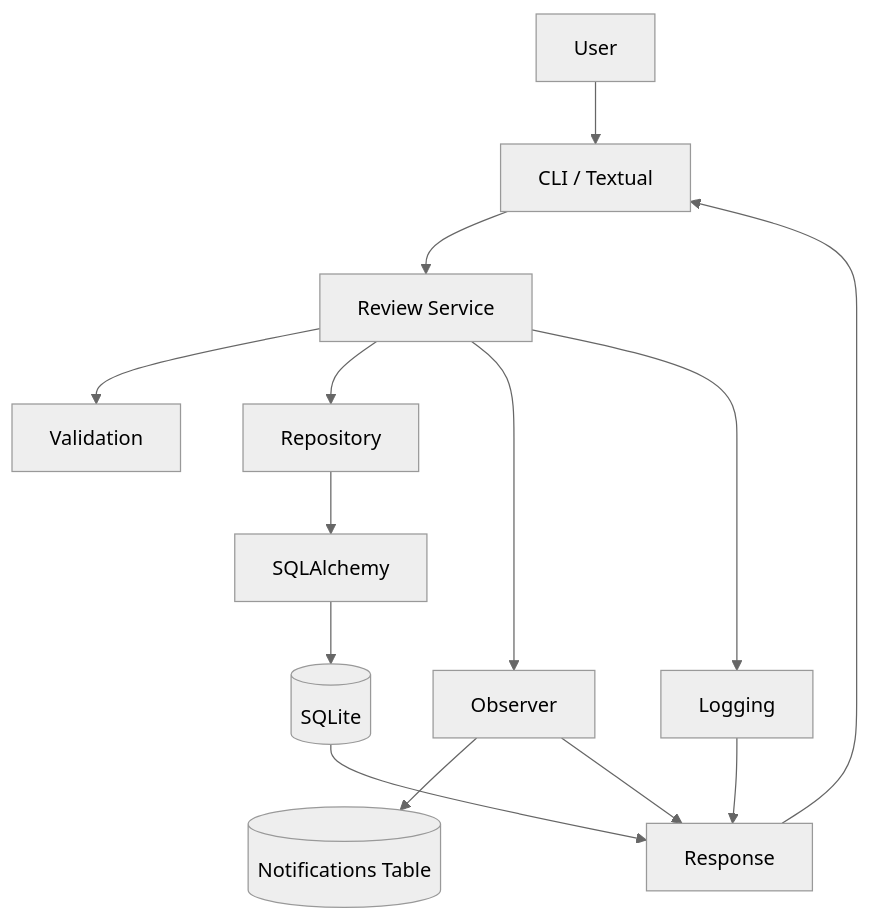
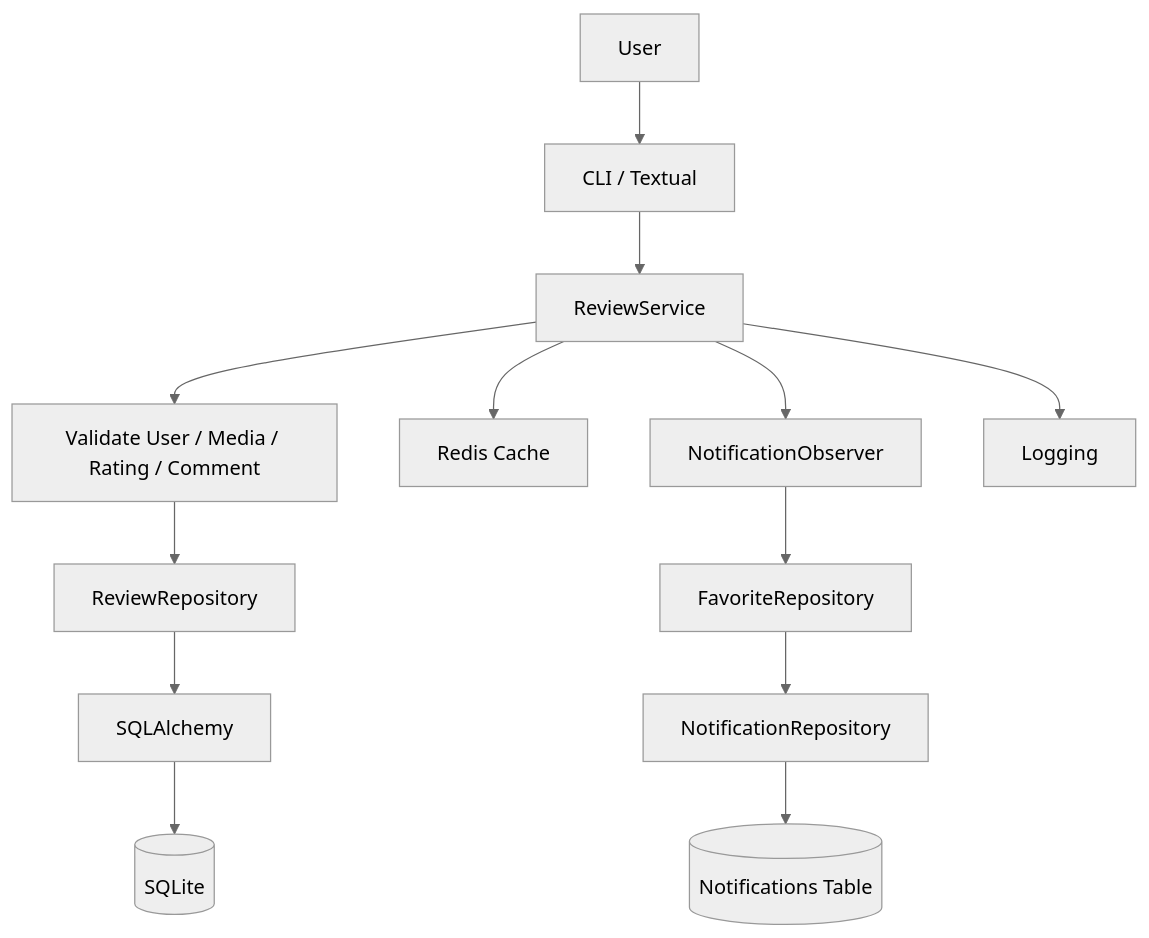
One commit to shaikalishamuskaan/MINI_PROJECT changed the third of 9 diagrams in DESIGN DOC.md. Above: the diagram before and after it, drawn with Mermaid (neutral theme). The commit also changed other lines of this file and 2 other files, not shown here.

````diff
--- a/DESIGN DOC.md
+++ b/DESIGN DOC.md
@@ -560,16 +1158,15 @@
 ```mermaid
 flowchart TD
     U["User"] --> UI["CLI / Textual"]
-    UI --> S["Review Service"]
-    S --> V["Validation"]
-    S --> R["Repository"]
+    UI --> S["ReviewService"]
+    S --> V["Validate User / Media / Rating / Comment"]
+    V --> R["ReviewRepository"]
     R --> ORM["SQLAlchemy"]
     ORM --> DB[("SQLite")]
-    S --> O["Observer"]
-    O --> N[("Notifications Table")]
+    S --> C["Redis Cache"]
+    S --> O["NotificationObserver"]
+    O --> F["FavoriteRepository"]
+    F --> N["NotificationRepository"]
+    N --> NT[("Notifications Table")]
     S --> L["Logging"]
-    DB --> RESP["Response"]
-    O --> RESP
-    L --> RESP
-    RESP --> UI
 ```
````
